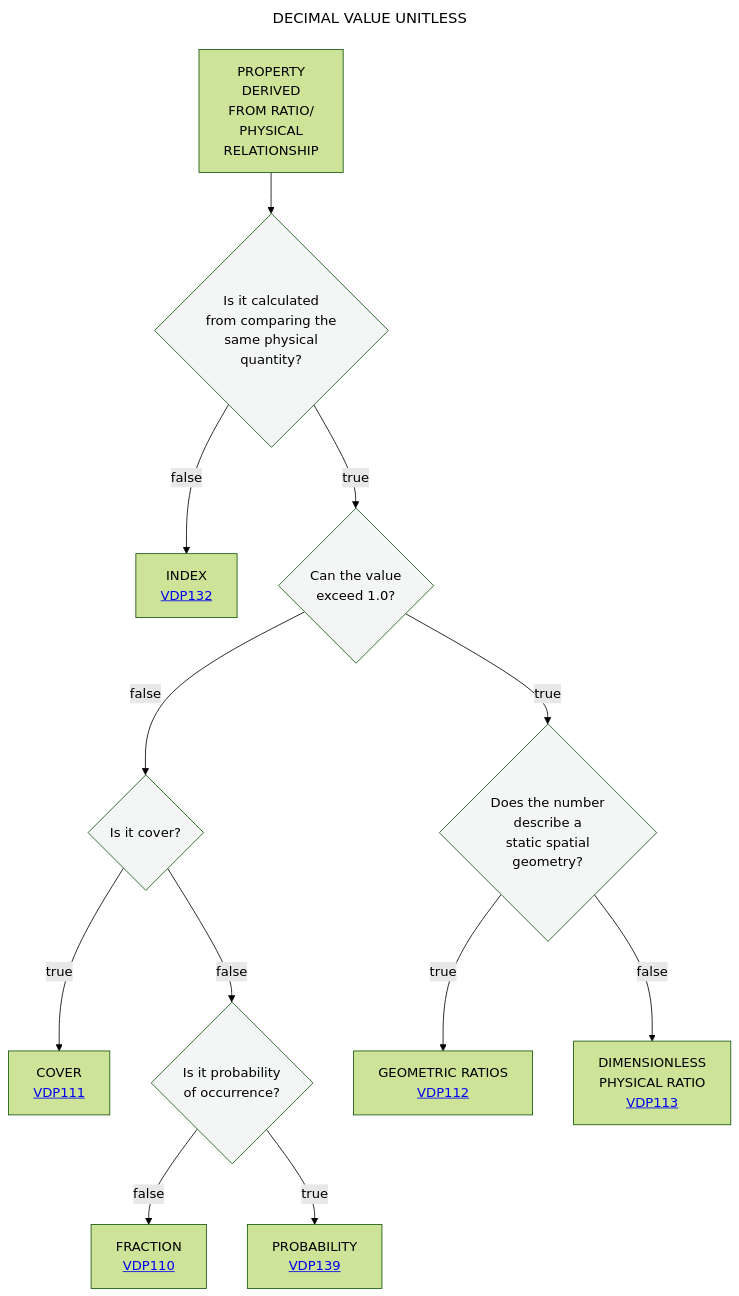
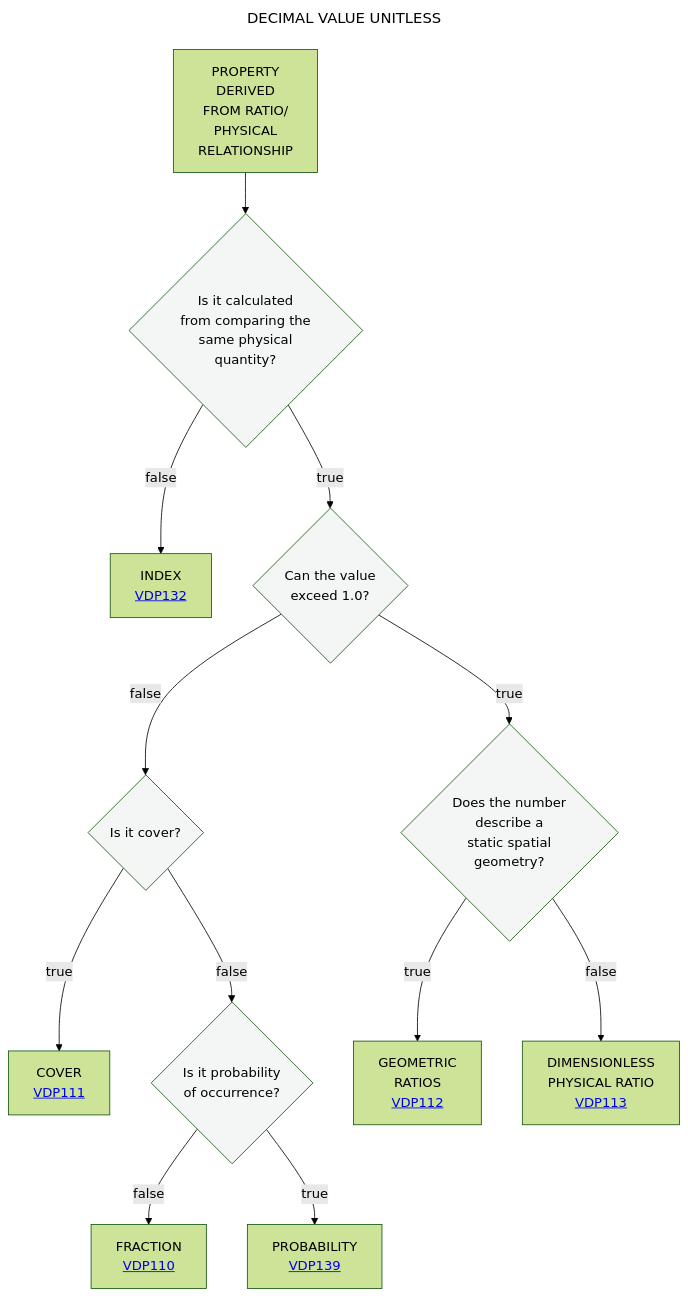
The diagram in Decisition_trees/DT1.mmd (mabablue/I-ADOPT-patterns-playground), drawn with Mermaid (forest theme) before and after one commit.

Commit message:
Update label for GEOMETRIC RATIOS in DT1.mmd

```diff
--- a/Decisition_trees/DT1.mmd
+++ b/Decisition_trees/DT1.mmd
@@ -1,19 +1,19 @@
 ---
 title: DECIMAL VALUE UNITLESS
 ---
 flowchart TD
     A[PROPERTY <br> DERIVED <br> FROM RATIO/<br>PHYSICAL <br> RELATIONSHIP] --> B{Is it calculated <br> from comparing the <br> same physical <br> quantity?}:::white
     B --> |false|C[INDEX <br> <a href='https://github.com/mabablue/I-ADOPT-patterns-playground/blob/main/pattern/VDP132.yaml'>VDP132</a>]
     B --> |true|D{Can the value <br> exceed 1.0?}:::white
     D --> |false|E{Is it cover?}:::white
     D --> |true|L{Does the number <br> describe a <br> static spatial <br> geometry?}:::white
     E --> |true|G[COVER <br> <a href='https://github.com/mabablue/I-ADOPT-patterns-playground/blob/main/pattern/VDP111.yaml'>VDP111</a>]
     E --> |false|H{Is it probability <br> of occurrence?}:::white
     H --> |false|I[FRACTION <br> <a href='https://github.com/mabablue/I-ADOPT-patterns-playground/blob/main/pattern/VDP110.yaml'>VDP110</a>]
     H --> |true|J[PROBABILITY <br> <a href='https://github.com/mabablue/I-ADOPT-patterns-playground/blob/main/pattern/VDP139.yaml'>VDP139</a>]
-    L --> |true|M[GEOMETRIC RATIOS <br> <a href='https://github.com/mabablue/I-ADOPT-patterns-playground/blob/main/pattern/VDP112.yaml'>VDP112</a>] 
+    L --> |true|M[GEOMETRIC <br> RATIOS <br> <a href='https://github.com/mabablue/I-ADOPT-patterns-playground/blob/main/pattern/VDP112.yaml'>VDP112</a>] 
     L --> |false|N[DIMENSIONLESS <br> PHYSICAL RATIO <br> <a href='https://github.com/mabablue/I-ADOPT-patterns-playground/blob/main/pattern/VDP113.yaml'>VDP113</a>]
    classDef blue fill:#90D5FF
    classDef satblue fill:#57B9FF 
    classDef white fill:#f3f6f4
    classDef green fill:#6aa84f
```
